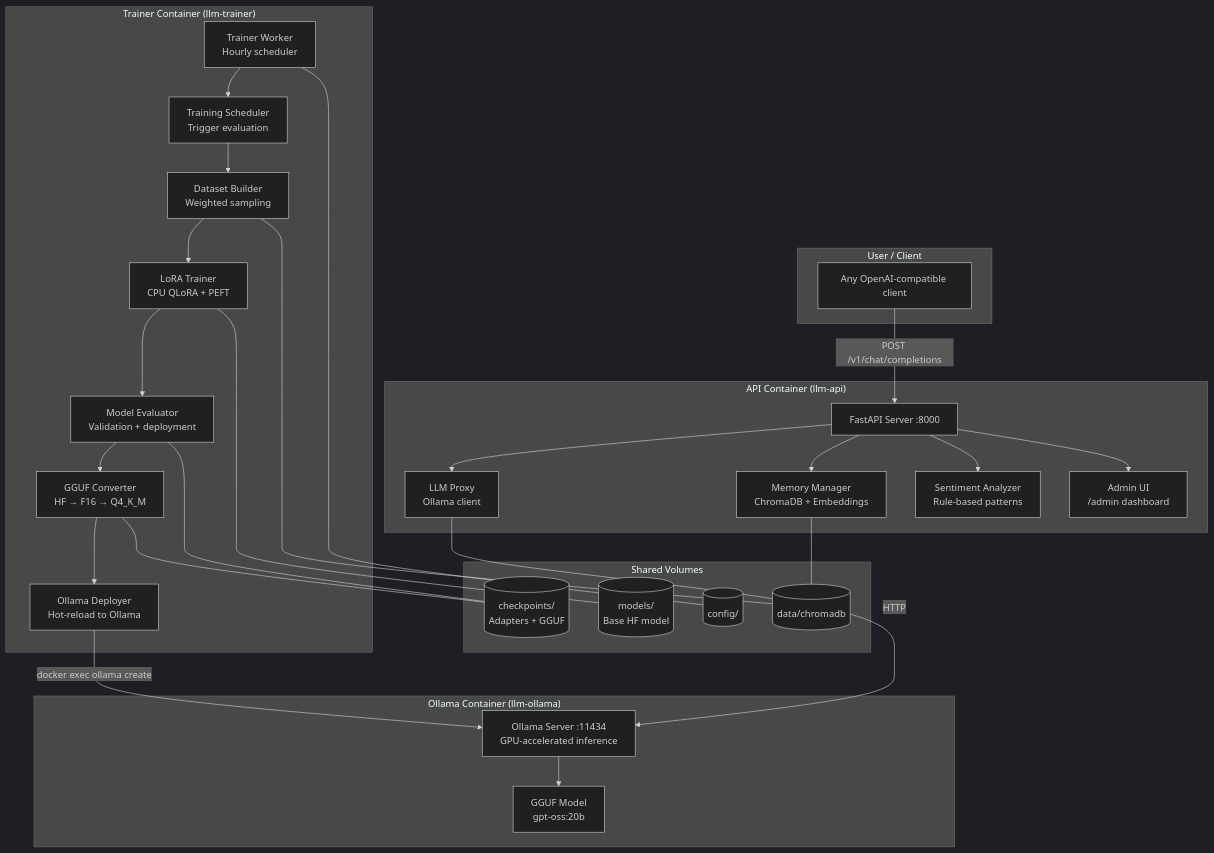
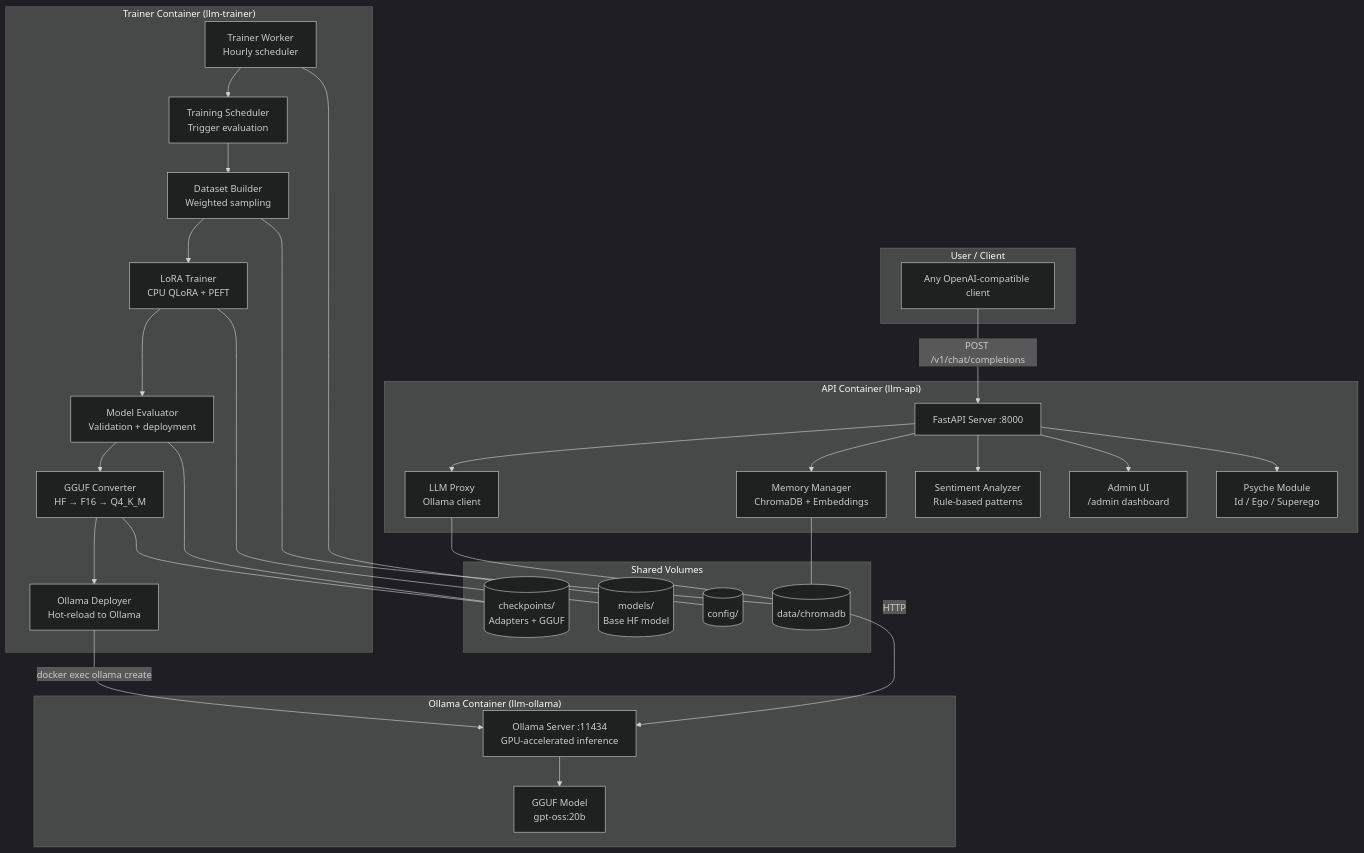
One commit to manikmakki/Project-RLHFL changed the first of 7 diagrams in FOR_NERDS.md. Above: the diagram before and after it, drawn with Mermaid (dark theme). The commit also changed other lines of this file and 22 other files, not shown here.

````diff
--- a/FOR_NERDS.md
+++ b/FOR_NERDS.md
@@ -9,59 +9,61 @@
 ```mermaid
 graph TB
     subgraph "User / Client"
         C[Any OpenAI-compatible client]
     end
 
     subgraph "API Container (llm-api)"
         FP[FastAPI Server :8000]
         LE[LLM Proxy<br/>Ollama client]
         MM[Memory Manager<br/>ChromaDB + Embeddings]
         SA[Sentiment Analyzer<br/>Rule-based patterns]
         AU[Admin UI<br/>/admin dashboard]
+        PS[Psyche Module<br/>Id / Ego / Superego]
     end
 
     subgraph "Ollama Container (llm-ollama)"
         OL[Ollama Server :11434<br/>GPU-accelerated inference]
         GGUF[GGUF Model<br/>gpt-oss:20b]
     end
 
     subgraph "Trainer Container (llm-trainer)"
         TW[Trainer Worker<br/>Hourly scheduler]
         TS[Training Scheduler<br/>Trigger evaluation]
         DB[Dataset Builder<br/>Weighted sampling]
         LT[LoRA Trainer<br/>CPU QLoRA + PEFT]
         ME[Model Evaluator<br/>Validation + deployment]
         GC[GGUF Converter<br/>HF → F16 → Q4_K_M]
         OD[Ollama Deployer<br/>Hot-reload to Ollama]
     end
 
     subgraph "Shared Volumes"
         MOD[(models/<br/>Base HF model)]
         DAT[(data/chromadb)]
         CKP[(checkpoints/<br/>Adapters + GGUF)]
         CFG[(config/)]
     end
 
     C -->|POST /v1/chat/completions| FP
     FP --> LE
     FP --> MM
     FP --> SA
     FP --> AU
+    FP --> PS
 
     LE -->|HTTP| OL
     OL --> GGUF
     MM --- DAT
     TW --> TS
     TS --> DB
     DB --> LT
     LT --> ME
     ME --> GC
     GC --> OD
     OD -->|docker exec ollama create| OL
 
     DB --- DAT
     LT --- MOD
     ME --- CKP
     GC --- CKP
     TW --- CFG
 ```
````
